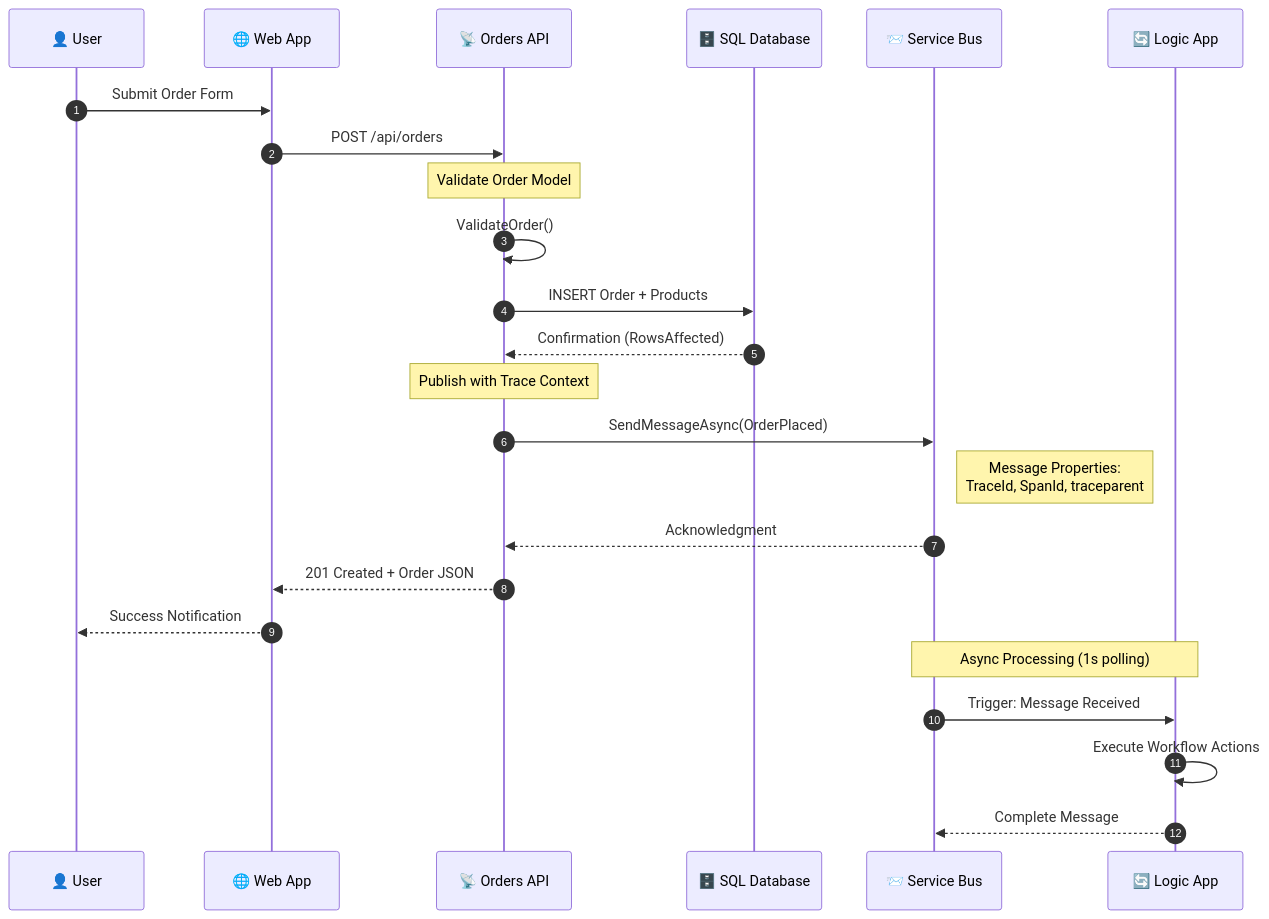
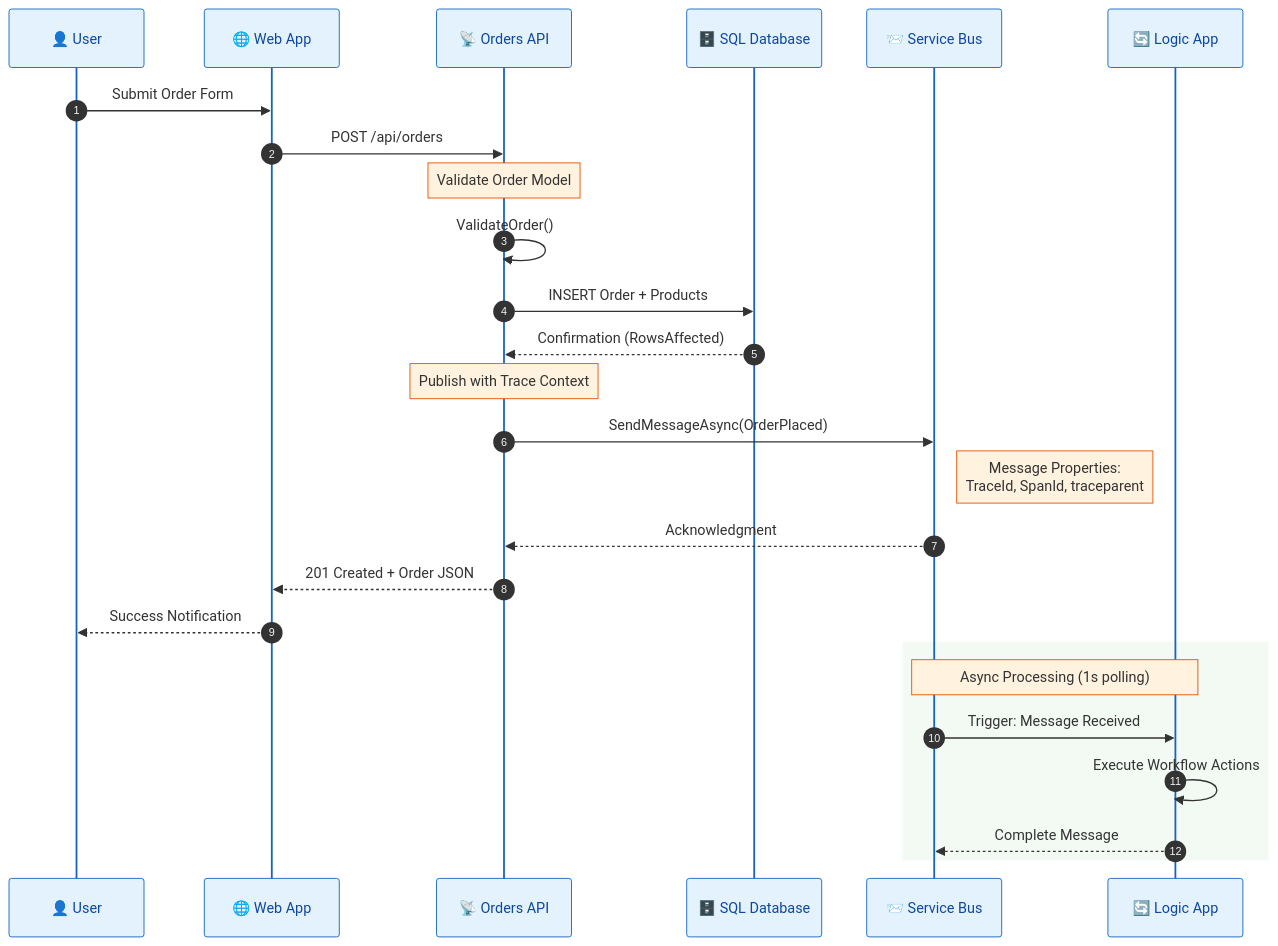
One commit to Evilazaro/Azure-LogicApps-Monitoring changed the second of 6 diagrams in docs/architecture/02-data-architecture.md. Above: the diagram before and after it, drawn with Mermaid. The commit also changed other lines of this file, not shown here.

Commit message:
Enhance data architecture documentation with improved Mermaid diagram styles and accessibility features

````diff
--- a/docs/architecture/02-data-architecture.md
+++ b/docs/architecture/02-data-architecture.md
@@ -113,32 +115,35 @@
 ```mermaid
+%%{init: {'theme': 'base', 'themeVariables': { 'fontSize': '14px', 'actorBkg': '#e3f2fd', 'actorBorder': '#1565c0', 'actorTextColor': '#0d47a1', 'noteBkgColor': '#fff3e0', 'noteBorderColor': '#e65100'}}}%%
 sequenceDiagram
     autonumber
     participant User as 👤 User
     participant Web as 🌐 Web App
     participant API as 📡 Orders API
     participant DB as 🗄️ SQL Database
     participant SB as 📨 Service Bus
     participant LA as 🔄 Logic App
 
     User->>Web: Submit Order Form
     Web->>API: POST /api/orders
     
     Note over API: Validate Order Model
     API->>API: ValidateOrder()
     
     API->>DB: INSERT Order + Products
     DB-->>API: Confirmation (RowsAffected)
     
     Note over API: Publish with Trace Context
     API->>SB: SendMessageAsync(OrderPlaced)
     Note right of SB: Message Properties:<br/>TraceId, SpanId, traceparent
     SB-->>API: Acknowledgment
     
     API-->>Web: 201 Created + Order JSON
     Web-->>User: Success Notification
     
-    Note over SB,LA: Async Processing (1s polling)
-    SB->>LA: Trigger: Message Received
-    LA->>LA: Execute Workflow Actions
-    LA-->>SB: Complete Message
+    rect rgba(232, 245, 233, 0.5)
+        Note over SB,LA: Async Processing (1s polling)
+        SB->>LA: Trigger: Message Received
+        LA->>LA: Execute Workflow Actions
+        LA-->>SB: Complete Message
+    end
 ```
````
